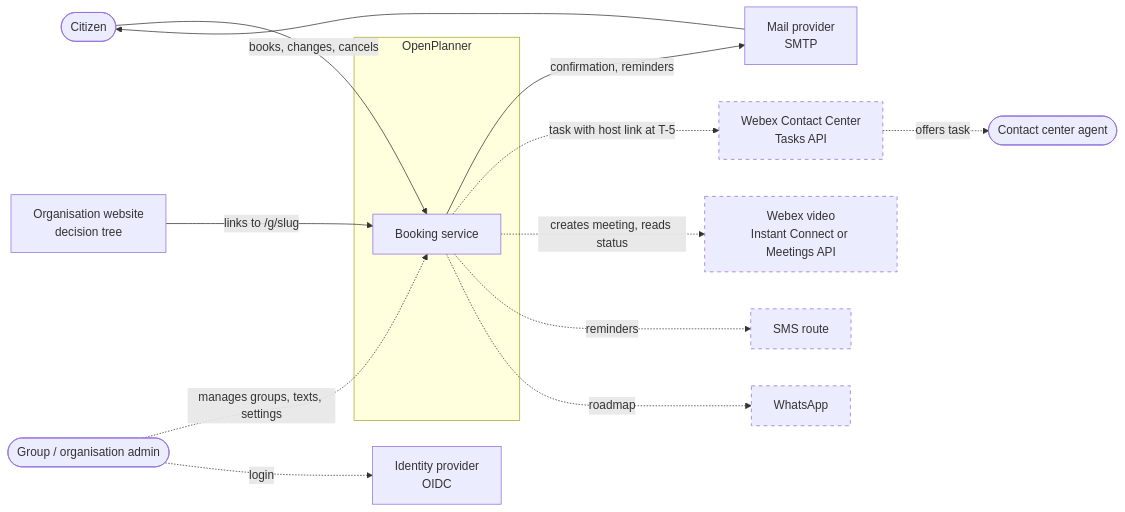
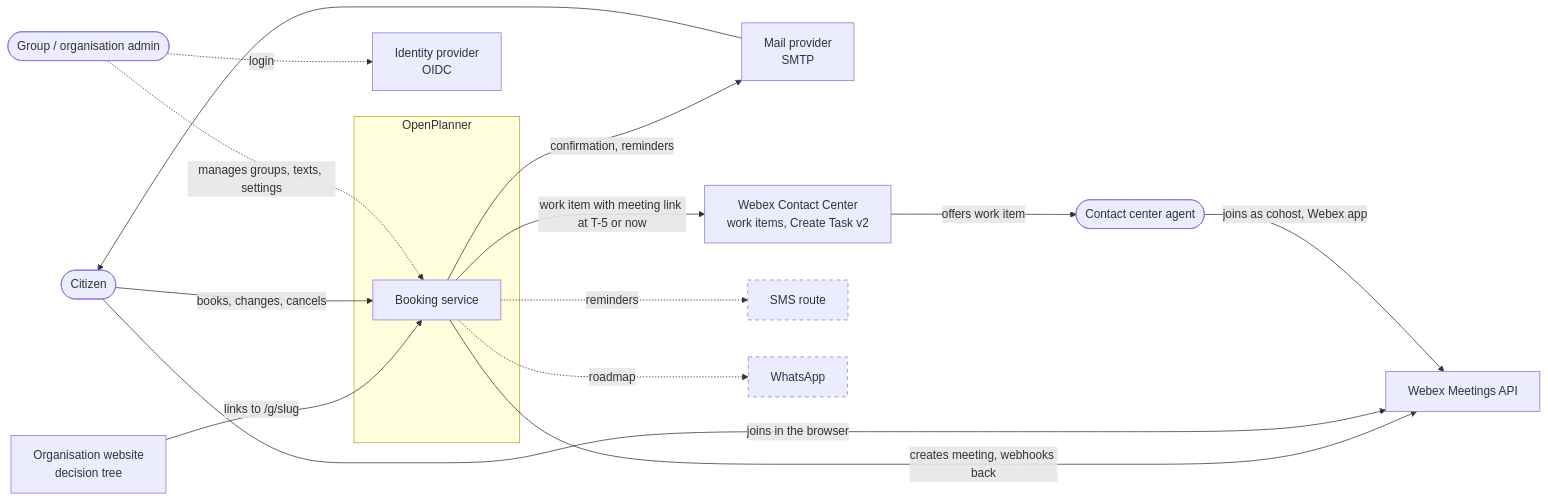
Before and after one commit to 3Corners-Labs/OpenPlanner: the first of 13 diagrams in docs/architecture.md, drawn with Mermaid. The commit also changed other lines of this file and 13 other files, not shown here.

First line of the commit message:
docs: WP5/6 in runbook, threat model, dataflow, architecture; Control Hub checklist

````diff
--- a/docs/architecture.md
+++ b/docs/architecture.md
@@ -32,32 +32,34 @@
 ```mermaid
 flowchart LR
     citizen([Citizen])
     website[Organisation website<br/>decision tree]
     admin([Group / organisation admin])
     agent([Contact center agent])
 
     subgraph op [OpenPlanner]
         service[Booking service]
     end
 
     smtp[Mail provider<br/>SMTP]
-    wxcc[Webex Contact Center<br/>Tasks API]
-    video[Webex video<br/>Instant Connect or Meetings API]
+    wxcc[Webex Contact Center<br/>work items, Create Task v2]
+    video[Webex Meetings API]
     idp[Identity provider<br/>OIDC]
     sms[SMS route]
     whatsapp[WhatsApp]
 
     website -- links to /g/slug --> service
     citizen -- books, changes, cancels --> service
     service -- confirmation, reminders --> smtp --> citizen
     admin -. manages groups, texts, settings .-> service
-    service -. task with host link at T-5 .-> wxcc
-    wxcc -. offers task .-> agent
-    service -. creates meeting, reads status .-> video
+    service -- work item with meeting link at T-5 or now --> wxcc
+    wxcc -- offers work item --> agent
+    service -- creates meeting, webhooks back --> video
+    citizen -- joins in the browser --> video
+    agent -- joins as cohost, Webex app --> video
     admin -. login .-> idp
     service -. reminders .-> sms
     service -. roadmap .-> whatsapp
 
     classDef planned stroke-dasharray: 5 5
-    class wxcc,video,sms,whatsapp planned
+    class sms,whatsapp planned
 ```
````
